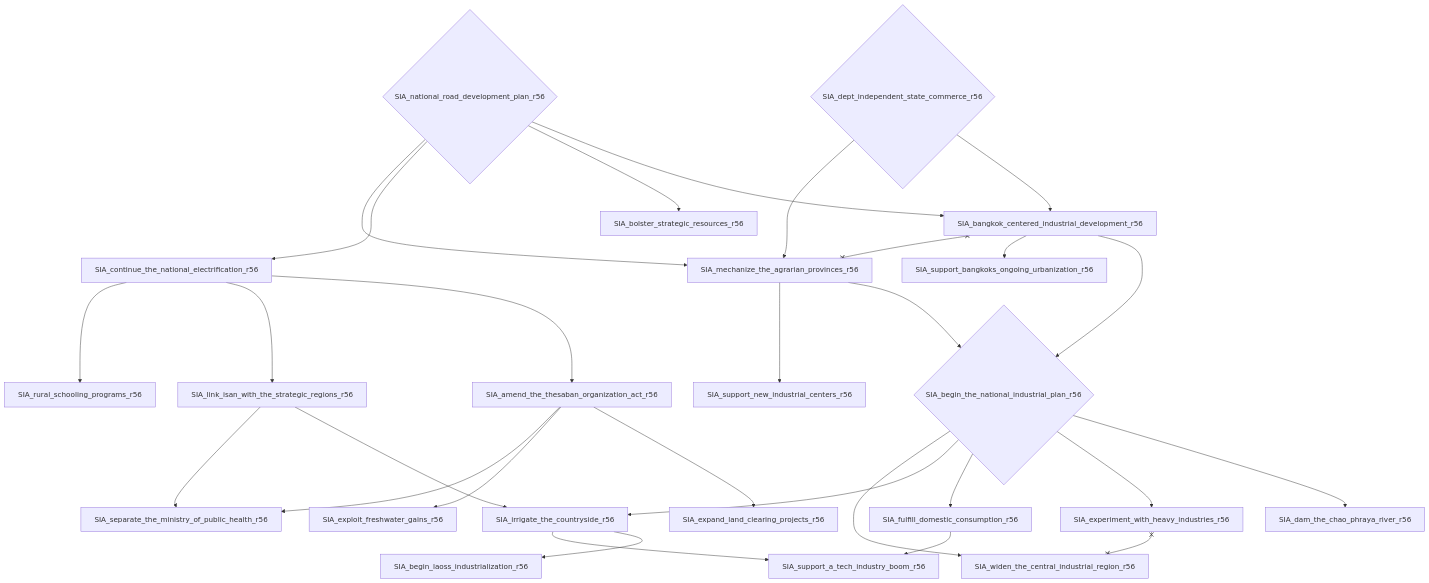
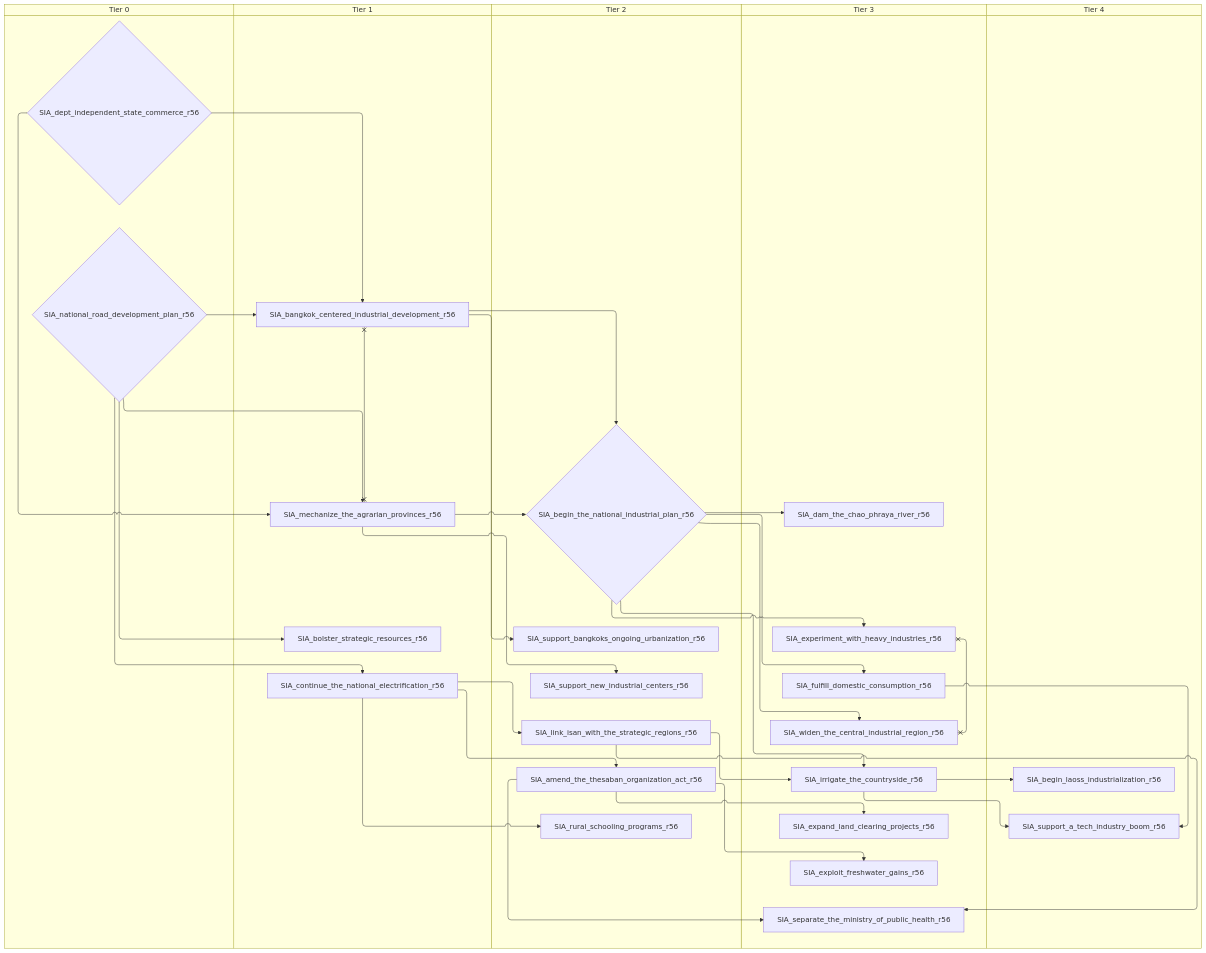
Before and after one commit to evgeny-sobol/hoi4-sandbox-mode-r56: the fifth of 9 diagrams in docs/gdd/National Focuses/siam_r56.md, drawn with Mermaid. The commit also changed other lines of this file and 423 other files, not shown here.

First line of the commit message:
Re-export Rt56 focus trees as swimlane diagrams

````diff
--- a/docs/gdd/National Focuses/siam_r56.md
+++ b/docs/gdd/National Focuses/siam_r56.md
@@ -398,53 +444,63 @@
 ```mermaid
-flowchart TD
-    n138["SIA_amend_the_thesaban_organization_act_r56"]
-    n116["SIA_bangkok_centered_industrial_development_r56"]
-    n117["SIA_begin_laoss_industrialization_r56"]
-    n118{"SIA_begin_the_national_industrial_plan_r56"}
-    n139["SIA_bolster_strategic_resources_r56"]
-    n140["SIA_continue_the_national_electrification_r56"]
-    n120["SIA_dam_the_chao_phraya_river_r56"]
-    n121{"SIA_dept_independent_state_commerce_r56"}
-    n141["SIA_expand_land_clearing_projects_r56"]
-    n124["SIA_experiment_with_heavy_industries_r56"]
-    n142["SIA_exploit_freshwater_gains_r56"]
-    n125["SIA_fulfill_domestic_consumption_r56"]
-    n126["SIA_irrigate_the_countryside_r56"]
-    n128["SIA_link_isan_with_the_strategic_regions_r56"]
-    n129["SIA_mechanize_the_agrarian_provinces_r56"]
-    n130{"SIA_national_road_development_plan_r56"}
-    n143["SIA_rural_schooling_programs_r56"]
-    n144["SIA_separate_the_ministry_of_public_health_r56"]
-    n134["SIA_support_a_tech_industry_boom_r56"]
-    n135["SIA_support_bangkoks_ongoing_urbanization_r56"]
-    n136["SIA_support_new_industrial_centers_r56"]
-    n137["SIA_widen_the_central_industrial_region_r56"]
-    n140 --> n138
-    n121 --> n116
-    n130 --> n116
-    n126 --> n117
-    n116 --> n118
-    n129 --> n118
-    n130 --> n139
-    n130 --> n140
-    n118 --> n120
-    n138 --> n141
-    n118 --> n124
-    n138 --> n142
-    n118 --> n125
-    n118 --> n126
-    n128 --> n126
-    n140 --> n128
-    n121 --> n129
-    n130 --> n129
+swimlane-beta TD
+    subgraph tier_0["Tier 0"]
+        n116{"SIA_dept_independent_state_commerce_r56"}
+        n118{"SIA_national_road_development_plan_r56"}
+    end
+    subgraph tier_1["Tier 1"]
+        n119["SIA_bangkok_centered_industrial_development_r56"]
+        n138["SIA_bolster_strategic_resources_r56"]
+        n139["SIA_continue_the_national_electrification_r56"]
+        n121["SIA_mechanize_the_agrarian_provinces_r56"]
+    end
+    subgraph tier_2["Tier 2"]
+        n140["SIA_amend_the_thesaban_organization_act_r56"]
+        n123{"SIA_begin_the_national_industrial_plan_r56"}
+        n117["SIA_link_isan_with_the_strategic_regions_r56"]
+        n141["SIA_rural_schooling_programs_r56"]
+        n129["SIA_support_bangkoks_ongoing_urbanization_r56"]
+        n130["SIA_support_new_industrial_centers_r56"]
+    end
+    subgraph tier_3["Tier 3"]
+        n131["SIA_dam_the_chao_phraya_river_r56"]
+        n142["SIA_expand_land_clearing_projects_r56"]
+        n132["SIA_experiment_with_heavy_industries_r56"]
+        n143["SIA_exploit_freshwater_gains_r56"]
+        n133["SIA_fulfill_domestic_consumption_r56"]
+        n134["SIA_irrigate_the_countryside_r56"]
+        n144["SIA_separate_the_ministry_of_public_health_r56"]
+        n135["SIA_widen_the_central_industrial_region_r56"]
+    end
+    subgraph tier_4["Tier 4"]
+        n136["SIA_begin_laoss_industrialization_r56"]
+        n137["SIA_support_a_tech_industry_boom_r56"]
+    end
+    n139 --> n140
+    n116 --> n119
+    n118 --> n119
+    n134 --> n136
+    n119 --> n123
+    n121 --> n123
+    n118 --> n138
+    n118 --> n139
+    n123 --> n131
+    n140 --> n142
+    n123 --> n132
     n140 --> n143
-    n128 --> n144
-    n138 --> n144
-    n125 --> n134
-    n126 --> n134
-    n116 --> n135
-    n129 --> n136
-    n118 --> n137
-    n116 x--x n129
-    n124 x--x n137
+    n123 --> n133
+    n123 --> n134
+    n117 --> n134
+    n139 --> n117
+    n116 --> n121
+    n118 --> n121
+    n139 --> n141
+    n117 --> n144
+    n140 --> n144
+    n133 --> n137
+    n134 --> n137
+    n119 --> n129
+    n121 --> n130
+    n123 --> n135
+    n119 x--x n121
+    n132 x--x n135
 ```
````
